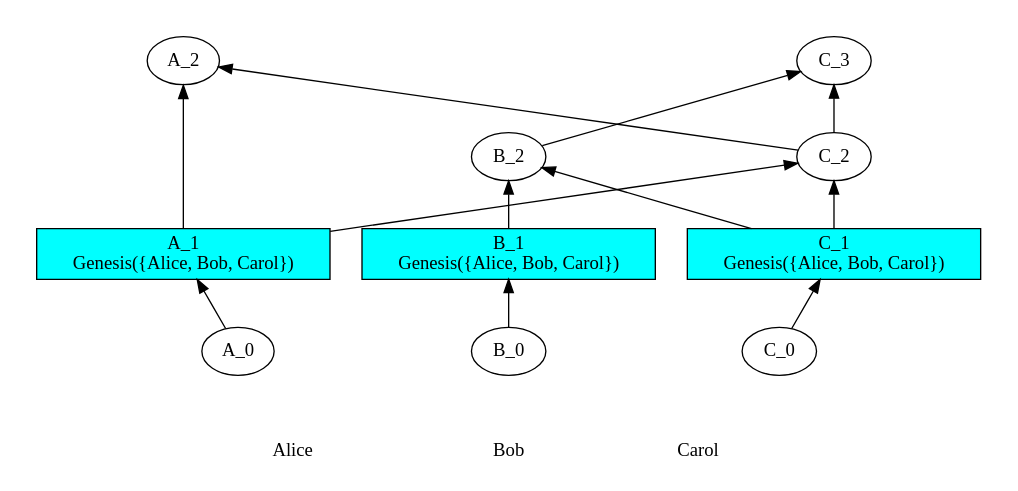
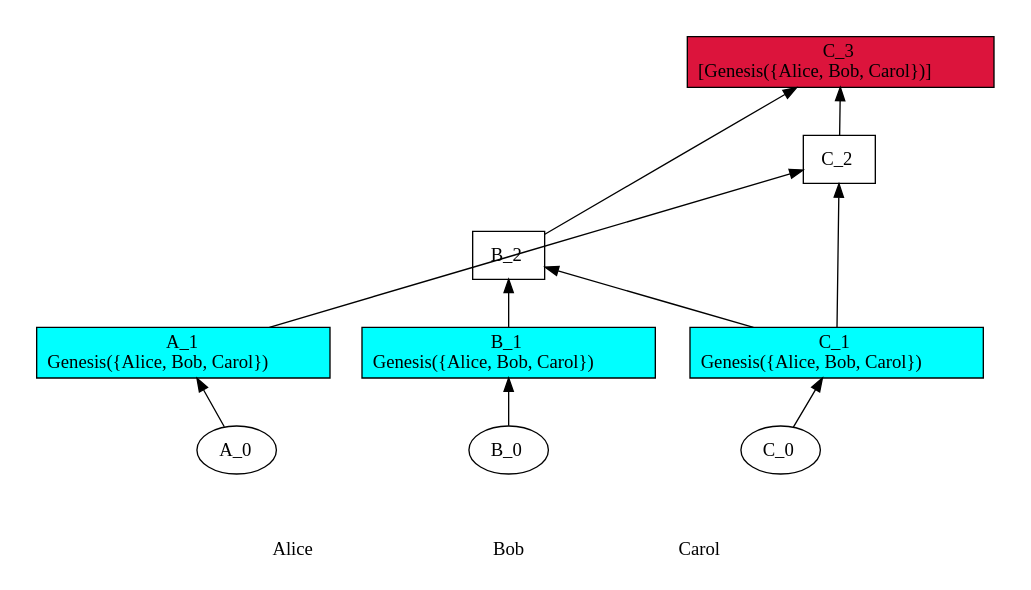
One commit to u-amine/parsec changed the diagram in input_graphs/parsec_functional_tests_handle_malice_stale_other_parent/carol.dot. Above: the diagram before and after it, drawn with Graphviz. The commit also changed 26 other files, not shown here.

```diff
--- a/input_graphs/parsec_functional_tests_handle_malice_stale_other_parent/carol.dot
+++ b/input_graphs/parsec_functional_tests_handle_malice_stale_other_parent/carol.dot
@@ -1,113 +1,162 @@
+/// our_id: Carol
+/// peer_list: {
+///   Alice; PeerState(VOTE|SEND|RECV); peers: {Alice, Bob, Carol}
+///   Bob; PeerState(VOTE|SEND|RECV); peers: {Alice, Bob, Carol}
+///   Carol; PeerState(VOTE|SEND|RECV); peers: {Alice, Bob, Carol}
+/// }
 digraph GossipGraph {
   splines=false
   rankdir=BT
-/// our_id: Carol
-/// peer_states: {Alice: "PeerState(VOTE|SEND|RECV)", Bob: "PeerState(VOTE|SEND|RECV)", Carol: "PeerState(VOTE|SEND|RECV)"}
-/// { 1efae523fa..
-/// cause: Observation(Genesis({Alice, Bob, Carol}))
-/// interesting_content: []
-/// last_ancestors: {Bob: 1}
-/// }
-/// { 220b113af5..
-/// cause: Request
-/// interesting_content: []
-/// last_ancestors: {Bob: 2, Carol: 1}
-/// }
-/// { 2f8e74239f..
-/// cause: Request
-/// interesting_content: []
-/// last_ancestors: {Alice: 1, Carol: 2}
-/// }
-/// { 30d7e4394d..
-/// cause: Initial
-/// interesting_content: []
-/// last_ancestors: {Alice: 0}
-/// }
-/// { 3fae277c4b..
-/// cause: Observation(Genesis({Alice, Bob, Carol}))
-/// interesting_content: []
-/// last_ancestors: {Alice: 1}
-/// }
-/// { 59166adc88..
-/// cause: Response
-/// interesting_content: []
-/// last_ancestors: {Alice: 2, Carol: 2}
-/// }
-/// { c9d0bed02c..
-/// cause: Response
-/// interesting_content: []
-/// last_ancestors: {Alice: 1, Bob: 2, Carol: 3}
-/// }
-/// { dc8296fe22..
-/// cause: Initial
-/// interesting_content: []
-/// last_ancestors: {Bob: 0}
-/// }
-/// { f30cb2c50f..
-/// cause: Observation(Genesis({Alice, Bob, Carol}))
-/// interesting_content: []
-/// last_ancestors: {Carol: 1}
-/// }
-/// { fa13ad61fd..
-/// cause: Initial
-/// interesting_content: []
-/// last_ancestors: {Carol: 0}
-/// }
-    style=invis
+
+  style=invis
   subgraph cluster_Alice {
     label=Alice
     Alice [style=invis]
-    Alice -> "30d7e4394d.." [style=invis]
-    "30d7e4394d.." -> "3fae277c4b.." [minlen=1]
-    "3fae277c4b.." -> "59166adc88.." [minlen=2]
+    "Alice" -> "A_0" [style=invis]
+    "A_0" -> "A_1" [minlen=1]
   }
-  "2f8e74239f.." -> "59166adc88.." [constraint=false]
 
-    style=invis
+  style=invis
   subgraph cluster_Bob {
     label=Bob
     Bob [style=invis]
-    Bob -> "dc8296fe22.." [style=invis]
-    "dc8296fe22.." -> "1efae523fa.." [minlen=1]
-    "1efae523fa.." -> "220b113af5.." [minlen=1]
+    "Bob" -> "B_0" [style=invis]
+    "B_0" -> "B_1" [minlen=1]
+    "B_1" -> "B_2" [minlen=1]
   }
-  "f30cb2c50f.." -> "220b113af5.." [constraint=false]
+  "C_1" -> "B_2" [constraint=false]
 
-    style=invis
+  style=invis
   subgraph cluster_Carol {
     label=Carol
     Carol [style=invis]
-    Carol -> "fa13ad61fd.." [style=invis]
-    "fa13ad61fd.." -> "f30cb2c50f.." [minlen=1]
-    "f30cb2c50f.." -> "2f8e74239f.." [minlen=1]
-    "2f8e74239f.." -> "c9d0bed02c.." [minlen=1]
+    "Carol" -> "C_0" [style=invis]
+    "C_0" -> "C_1" [minlen=1]
+    "C_1" -> "C_2" [minlen=2]
+    "C_2" -> "C_3" [minlen=1]
   }
-  "3fae277c4b.." -> "2f8e74239f.." [constraint=false]
-  "220b113af5.." -> "c9d0bed02c.." [constraint=false]
-
-/// meta-vote section
- "1efae523fa.." [fillcolor=white, label="B_1
-Genesis({Alice, Bob, Carol})"]
- "1efae523fa.." [shape=rectangle, style=filled, fillcolor=cyan]
- "220b113af5.." [fillcolor=white, label="B_2"]
- "2f8e74239f.." [fillcolor=white, label="C_2"]
- "30d7e4394d.." [fillcolor=white, label="A_0"]
- "3fae277c4b.." [fillcolor=white, label="A_1
-Genesis({Alice, Bob, Carol})"]
- "3fae277c4b.." [shape=rectangle, style=filled, fillcolor=cyan]
- "59166adc88.." [fillcolor=white, label="A_2"]
- "c9d0bed02c.." [fillcolor=white, label="C_3"]
- "dc8296fe22.." [fillcolor=white, label="B_0"]
- "f30cb2c50f.." [fillcolor=white, label="C_1
-Genesis({Alice, Bob, Carol})"]
- "f30cb2c50f.." [shape=rectangle, style=filled, fillcolor=cyan]
- "fa13ad61fd.." [fillcolor=white, label="C_0"]
+  "A_1" -> "C_2" [constraint=false]
+  "B_2" -> "C_3" [constraint=false]
 
   {
     rank=same
     Alice [style=filled, color=white]
     Bob [style=filled, color=white]
     Carol [style=filled, color=white]
   }
   Alice -> Bob -> Carol [style=invis]
+
+/// ===== details of events =====
+  "A_0" [fillcolor=white, label=<<table border="0" cellborder="0" cellpadding="0" cellspacing="0">
+<tr><td colspan="6">A_0</td></tr>
+</table>>]
+/// cause: Initial
+/// last_ancestors: {Alice: 0}
+
+  "A_1" [style=filled, fillcolor=cyan, shape=rectangle, label=<<table border="0" cellborder="0" cellpadding="0" cellspacing="0">
+<tr><td colspan="6">A_1</td></tr>
+<tr><td colspan="6">Genesis({Alice, Bob, Carol})</td></tr>
+</table>>]
+/// cause: Observation(Genesis({Alice, Bob, Carol}))
+/// last_ancestors: {Alice: 1}
+
+  "B_0" [fillcolor=white, label=<<table border="0" cellborder="0" cellpadding="0" cellspacing="0">
+<tr><td colspan="6">B_0</td></tr>
+</table>>]
+/// cause: Initial
+/// last_ancestors: {Bob: 0}
+
+  "B_1" [style=filled, fillcolor=cyan, shape=rectangle, label=<<table border="0" cellborder="0" cellpadding="0" cellspacing="0">
+<tr><td colspan="6">B_1</td></tr>
+<tr><td colspan="6">Genesis({Alice, Bob, Carol})</td></tr>
+</table>>]
+/// cause: Observation(Genesis({Alice, Bob, Carol}))
+/// last_ancestors: {Bob: 1}
+
+  "B_2" [fillcolor=white, shape=rectangle, label=<<table border="0" cellborder="0" cellpadding="0" cellspacing="0">
+<tr><td colspan="6">B_2</td></tr>
+</table>>]
+/// cause: Request
+/// last_ancestors: {Bob: 2, Carol: 1}
+
+  "C_0" [fillcolor=white, label=<<table border="0" cellborder="0" cellpadding="0" cellspacing="0">
+<tr><td colspan="6">C_0</td></tr>
+</table>>]
+/// cause: Initial
+/// last_ancestors: {Carol: 0}
+
+  "C_1" [style=filled, fillcolor=cyan, shape=rectangle, label=<<table border="0" cellborder="0" cellpadding="0" cellspacing="0">
+<tr><td colspan="6">C_1</td></tr>
+<tr><td colspan="6">Genesis({Alice, Bob, Carol})</td></tr>
+</table>>]
+/// cause: Observation(Genesis({Alice, Bob, Carol}))
+/// last_ancestors: {Carol: 1}
+
+  "C_2" [fillcolor=white, shape=rectangle, label=<<table border="0" cellborder="0" cellpadding="0" cellspacing="0">
+<tr><td colspan="6">C_2</td></tr>
+</table>>]
+/// cause: Response
+/// last_ancestors: {Bob: 2, Carol: 2}
+
+  "C_3" [style=filled, fillcolor=crimson, shape=rectangle, label=<<table border="0" cellborder="0" cellpadding="0" cellspacing="0">
+<tr><td colspan="6">C_3</td></tr>
+<tr><td colspan="6">[Genesis({Alice, Bob, Carol})]</td></tr></table>>]
+/// cause: Request
+/// last_ancestors: {Alice: 1, Bob: 2, Carol: 3}
+
 }
+
+/// ===== meta-elections =====
+/// consensus_history:
+
+/// MetaElectionHandle(CURRENT)
+/// consensus_len: 0
+/// round_hashes: {
+///   Alice -> [
+///     RoundHash { round: 0, latest_block_hash: 0000000000000000000000000000000000000000000000000000000000000000 }
+///   ]
+///   Bob -> [
+///     RoundHash { round: 0, latest_block_hash: 0000000000000000000000000000000000000000000000000000000000000000 }
+///   ]
+///   Carol -> [
+///     RoundHash { round: 0, latest_block_hash: 0000000000000000000000000000000000000000000000000000000000000000 }
+///   ]
+/// }
+/// interesting_events: {
+/// }
+/// all_voters: {Alice, Bob, Carol}
+/// undecided_voters: {Alice, Bob, Carol}
+/// meta_events: {
+///   A_1 -> {
+///     observees: {}
+///     interesting_content: []
+///   }
+///   A_2 -> {
+///     observees: {}
+///     interesting_content: []
+///   }
+///   B_1 -> {
+///     observees: {}
+///     interesting_content: []
+///   }
+///   B_2 -> {
+///     observees: {}
+///     interesting_content: []
+///   }
+///   B_3 -> {
+///     observees: {}
+///     interesting_content: []
+///   }
+///   C_1 -> {
+///     observees: {}
+///     interesting_content: []
+///   }
+///   C_2 -> {
+///     observees: {}
+///     interesting_content: []
+///   }
+///   C_3 -> {
+///     observees: {}
+///     interesting_content: []
+///   }
+/// }
```
